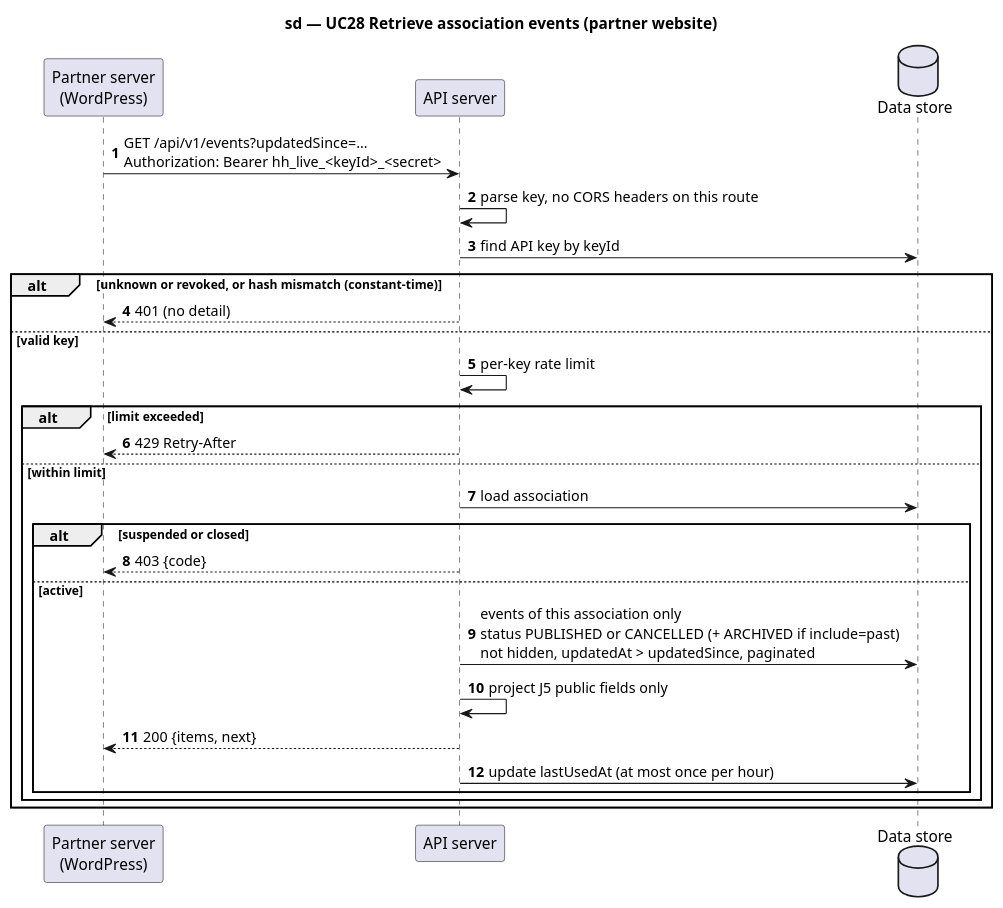
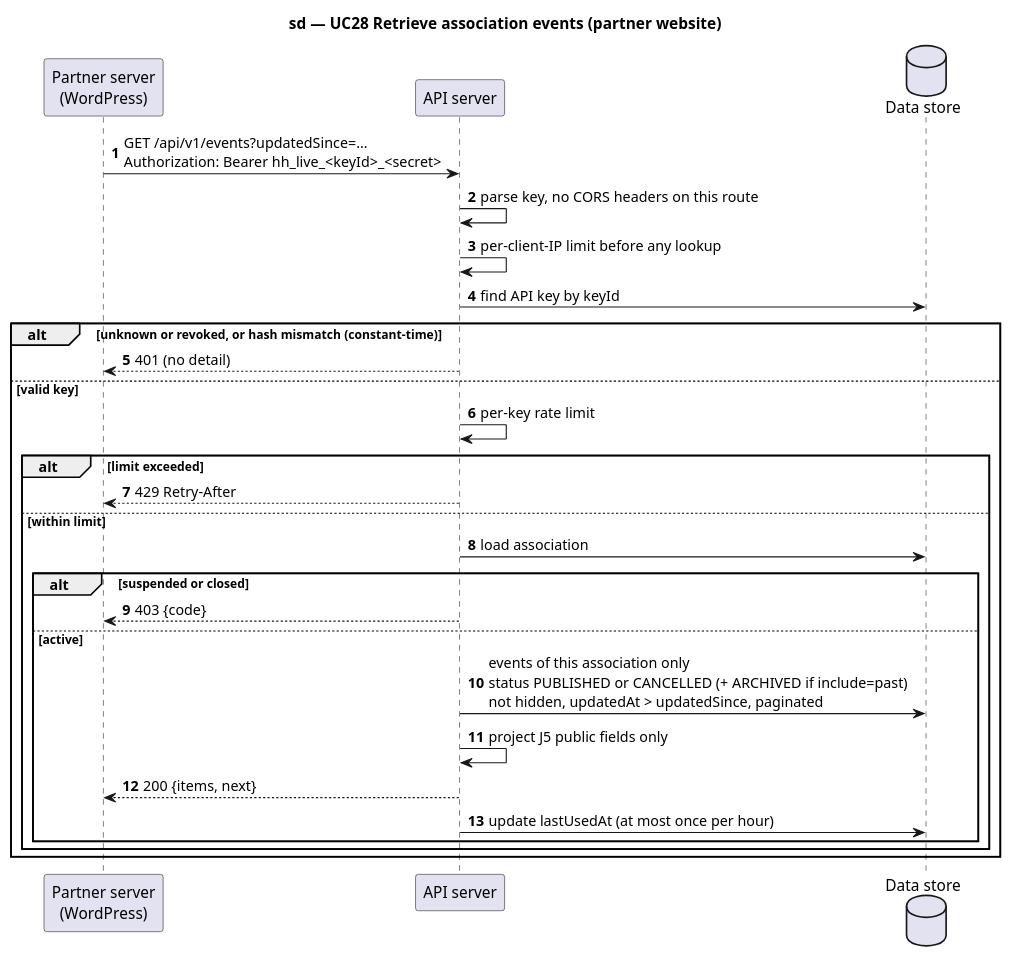
One commit to benoit-bremaud/HappiHub changed the diagram in docs/architecture/diagrams/v1-events/02c-sequence-api-retrieve-events.puml. Above: the diagram before and after it, drawn with PlantUML. The commit also changed 14 other files, not shown here.

First line of the commit message:
docs(uml): apply review to class and sequence diagrams

```diff
--- a/docs/architecture/diagrams/v1-events/02c-sequence-api-retrieve-events.puml
+++ b/docs/architecture/diagrams/v1-events/02c-sequence-api-retrieve-events.puml
@@ -1,30 +1,31 @@
 @startuml
 title sd — UC28 Retrieve association events (partner website)
 skinparam shadowing false
 autonumber
 participant "Partner server\n(WordPress)" as P
 participant "API server" as A
 database "Data store" as D
 
 P -> A : GET /api/v1/events?updatedSince=…\nAuthorization: Bearer hh_live_<keyId>_<secret>
 A -> A : parse key, no CORS headers on this route
+A -> A : per-client-IP limit before any lookup
 A -> D : find API key by keyId
 alt unknown or revoked, or hash mismatch (constant-time)
   A --> P : 401 (no detail)
 else valid key
   A -> A : per-key rate limit
   alt limit exceeded
     A --> P : 429 Retry-After
   else within limit
     A -> D : load association
     alt suspended or closed
       A --> P : 403 {code}
     else active
       A -> D : events of this association only\nstatus PUBLISHED or CANCELLED (+ ARCHIVED if include=past)\nnot hidden, updatedAt > updatedSince, paginated
       A -> A : project J5 public fields only
       A --> P : 200 {items, next}
       A -> D : update lastUsedAt (at most once per hour)
     end
   end
 end
 @enduml
```
